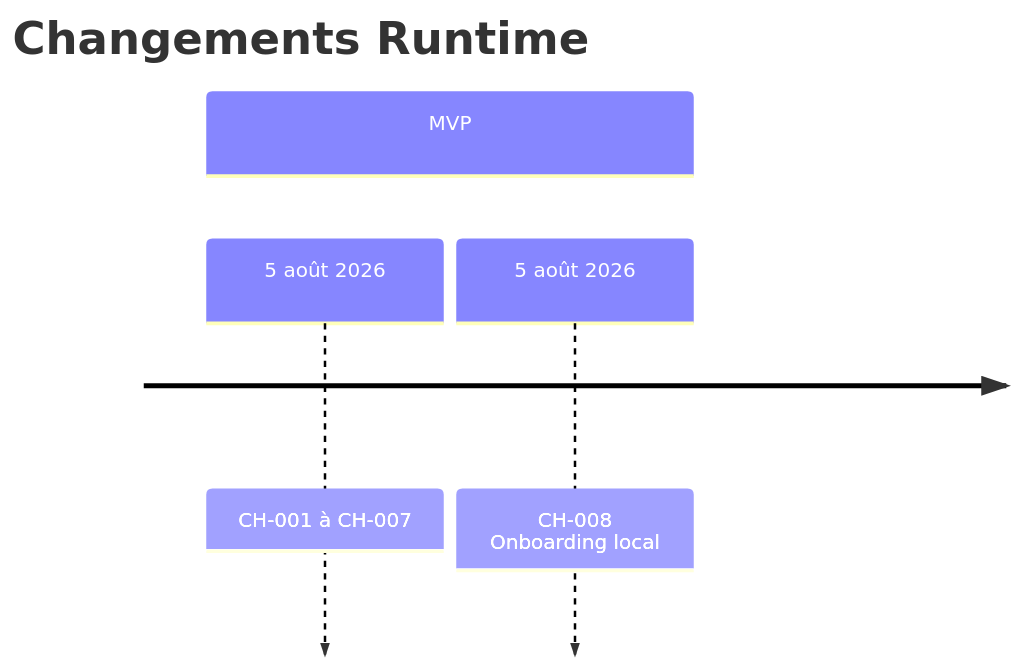
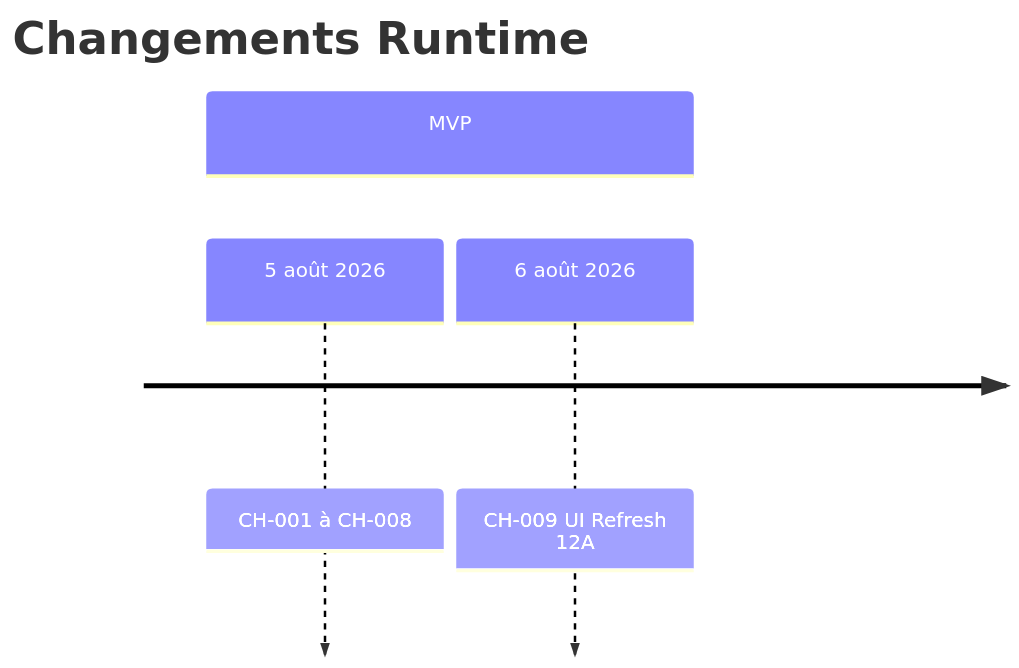
The diagram in docs/runtime/17_CHANGE_HISTORY.md (JavaChrist/Tai-Chi-AI-Coach), drawn with Mermaid before and after one commit. The commit also changed other lines of this file and 76 other files, not shown here.

````diff
--- a/docs/runtime/17_CHANGE_HISTORY.md
+++ b/docs/runtime/17_CHANGE_HISTORY.md
@@ -43,7 +44,7 @@
 ```mermaid
 timeline
   title Changements Runtime
   section MVP
-    5 août 2026 : CH-001 à CH-007
-    5 août 2026 : CH-008 Onboarding local
+    5 août 2026 : CH-001 à CH-008
+    6 août 2026 : CH-009 UI Refresh 12A
 ```
````
